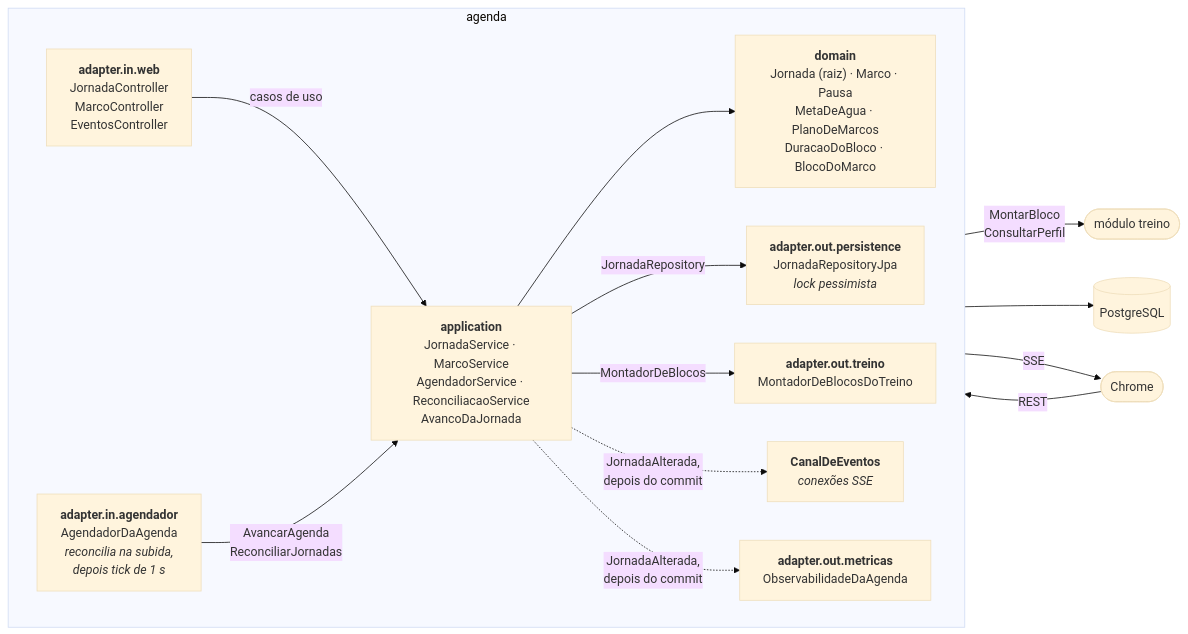
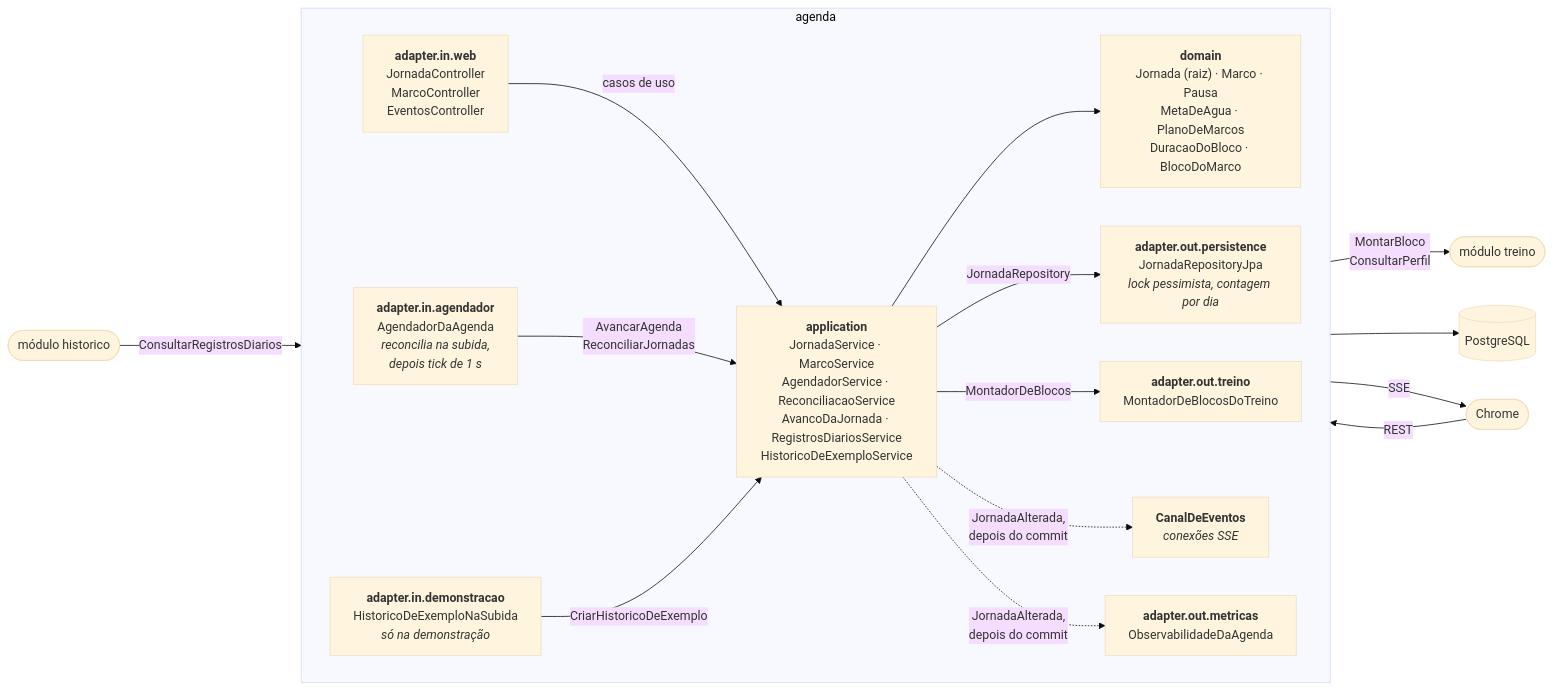
One commit to lincolnnaraujo/pausa-ativa changed the third of 5 diagrams in docs/arquitetura/c4-3-componentes.md. Above: the diagram before and after it, drawn with Mermaid (base theme). The commit also changed other lines of this file and 12 other files, not shown here.

````diff
--- a/docs/arquitetura/c4-3-componentes.md
+++ b/docs/arquitetura/c4-3-componentes.md
@@ -72,26 +70,30 @@
 ```mermaid
 flowchart LR
     TELA(["Chrome"])
     subgraph agenda["agenda"]
         direction LR
         WEB["<b>adapter.in.web</b><br/>JornadaController<br/>MarcoController<br/>EventosController"]
         AGD["<b>adapter.in.agendador</b><br/>AgendadorDaAgenda<br/><i>reconcilia na subida,<br/>depois tick de 1 s</i>"]
-        APP["<b>application</b><br/>JornadaService · MarcoService<br/>AgendadorService · ReconciliacaoService<br/>AvancoDaJornada"]
+        DEMO["<b>adapter.in.demonstracao</b><br/>HistoricoDeExemploNaSubida<br/><i>só na demonstração</i>"]
+        APP["<b>application</b><br/>JornadaService · MarcoService<br/>AgendadorService · ReconciliacaoService<br/>AvancoDaJornada · RegistrosDiariosService<br/>HistoricoDeExemploService"]
         DOM["<b>domain</b><br/>Jornada (raiz) · Marco · Pausa<br/>MetaDeAgua · PlanoDeMarcos<br/>DuracaoDoBloco · BlocoDoMarco"]
-        PER["<b>adapter.out.persistence</b><br/>JornadaRepositoryJpa<br/><i>lock pessimista</i>"]
+        PER["<b>adapter.out.persistence</b><br/>JornadaRepositoryJpa<br/><i>lock pessimista, contagem por dia</i>"]
         TRE["<b>adapter.out.treino</b><br/>MontadorDeBlocosDoTreino"]
         SSE["<b>CanalDeEventos</b><br/><i>conexões SSE</i>"]
         MET["<b>adapter.out.metricas</b><br/>ObservabilidadeDaAgenda"]
     end
+    HIST(["módulo historico"])
     TELA -->|"REST"| WEB
     WEB -->|"casos de uso"| APP
+    HIST -->|"ConsultarRegistrosDiarios"| APP
     AGD -->|"AvancarAgenda<br/>ReconciliarJornadas"| APP
+    DEMO -->|"CriarHistoricoDeExemplo"| APP
     APP --> DOM
     APP -->|"JornadaRepository"| PER
     APP -->|"MontadorDeBlocos"| TRE
     TRE -->|"MontarBloco<br/>ConsultarPerfil"| TREINO(["módulo treino"])
     PER --> DB[("PostgreSQL")]
     APP -.->|"JornadaAlterada,<br/>depois do commit"| SSE
     APP -.->|"JornadaAlterada,<br/>depois do commit"| MET
     SSE -->|"SSE"| TELA
 ```
````
